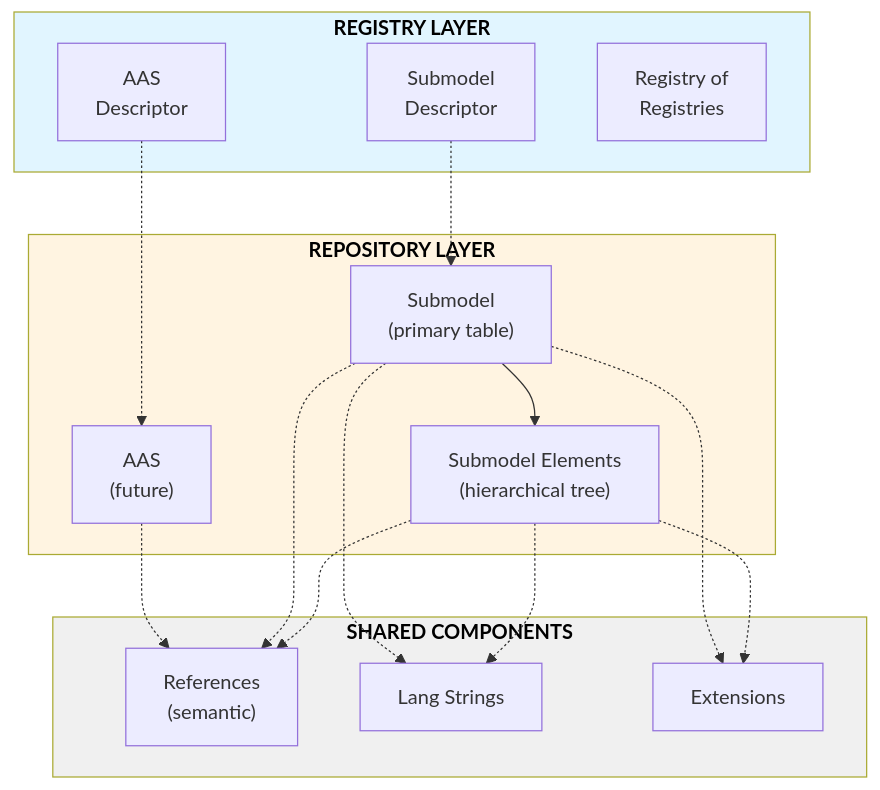
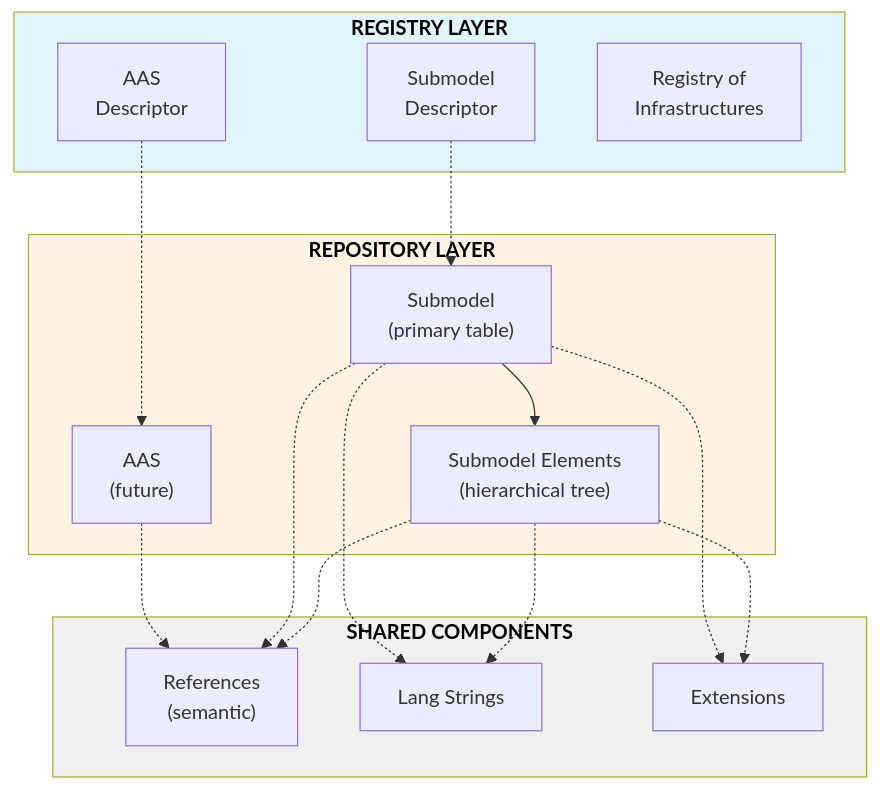
The diagram in docu/basyx-database-wiki/README.md (eclipse-basyx/basyx-go-components), drawn with Mermaid before and after one commit. The commit also changed 103 other files, not shown here.

First line of the commit message:
Registry of Registries (RoR) becomes Registry of Infrastructures (RoI) (#158)

````diff
--- a/docu/basyx-database-wiki/README.md
+++ b/docu/basyx-database-wiki/README.md
@@ -28,38 +28,38 @@
 ```mermaid
 graph TB
     subgraph REGISTRY["<b style='color: black;'>REGISTRY LAYER</b>"]
         AASD["AAS<br/>Descriptor"]
         SMD["Submodel<br/>Descriptor"]
-        ROR["Registry of<br/>Registries"]
+        ROI["Registry of<br/>Infrastructures"]
     end
     
     subgraph REPOSITORY["<b style='color: black'>REPOSITORY LAYER</b>"]
         AAS["AAS<br/>(future)"]
         SM["Submodel<br/>(primary table)"]
         SME["Submodel Elements<br/>(hierarchical tree)"]
         SM --> SME
     end
     
     subgraph SHARED["<b style='color: black'>SHARED COMPONENTS</b>"]
         REF["References<br/>(semantic)"]
         LANG["Lang Strings<br/>"]
         EXT["Extensions<br/>"]
     end
     
     AASD -.-> AAS
     SMD -.-> SM
     
     AAS -.-> REF
     SM -.-> REF
     SME -.-> REF
     
     SM -.-> LANG
     SME -.-> LANG
     
     SM -.-> EXT
     SME -.-> EXT
     
     style REGISTRY fill:#e1f5ff
     style REPOSITORY fill:#fff4e1
     style SHARED fill:#f0f0f0
 ```
````
